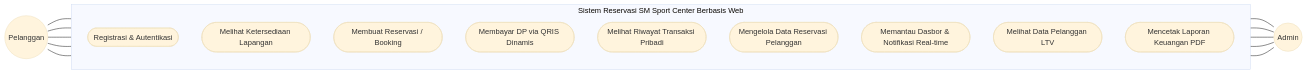
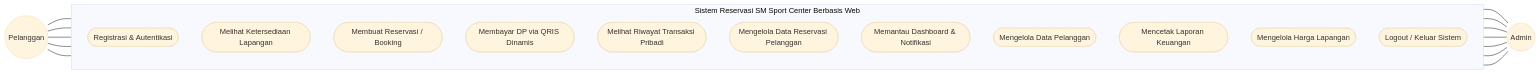
One commit to sryxx16/FUTSAL-BNSP changed the diagram in dokumen_bnsp/01_Analisis_Skalabilitas.md. Above: the diagram before and after it, drawn with Mermaid (base theme).

Commit message:
Sinkronisasi Use Case Admin dengan diagram visual

````diff
--- a/dokumen_bnsp/01_Analisis_Skalabilitas.md
+++ b/dokumen_bnsp/01_Analisis_Skalabilitas.md
@@ -18,35 +18,39 @@
 ```mermaid
 flowchart LR
     %% Aktor
     Pelanggan((Pelanggan))
     Admin((Admin))
 
     %% Batasan Sistem (System Boundary)
     subgraph Sistem Reservasi SM Sport Center Berbasis Web
         direction TB
         UC1([Registrasi & Autentikasi])
         UC2([Melihat Ketersediaan Lapangan])
         UC3([Membuat Reservasi / Booking])
         UC4([Membayar DP via QRIS Dinamis])
         UC5([Melihat Riwayat Transaksi Pribadi])
         
         UC6([Mengelola Data Reservasi Pelanggan])
-        UC7([Memantau Dasbor & Notifikasi Real-time])
-        UC8([Melihat Data Pelanggan LTV])
-        UC9([Mencetak Laporan Keuangan PDF])
+        UC7([Memantau Dashboard & Notifikasi])
+        UC8([Mengelola Data Pelanggan])
+        UC9([Mencetak Laporan Keuangan])
+        UC10([Mengelola Harga Lapangan])
+        UC11([Logout / Keluar Sistem])
     end
 
     %% Relasi Aktor Pelanggan
     Pelanggan --- UC1
     Pelanggan --- UC2
     Pelanggan --- UC3
     Pelanggan --- UC4
     Pelanggan --- UC5
 
     %% Relasi Aktor Admin
     UC1 --- Admin
     UC6 --- Admin
     UC7 --- Admin
     UC8 --- Admin
     UC9 --- Admin
+    UC10 --- Admin
+    UC11 --- Admin
 ```
````
